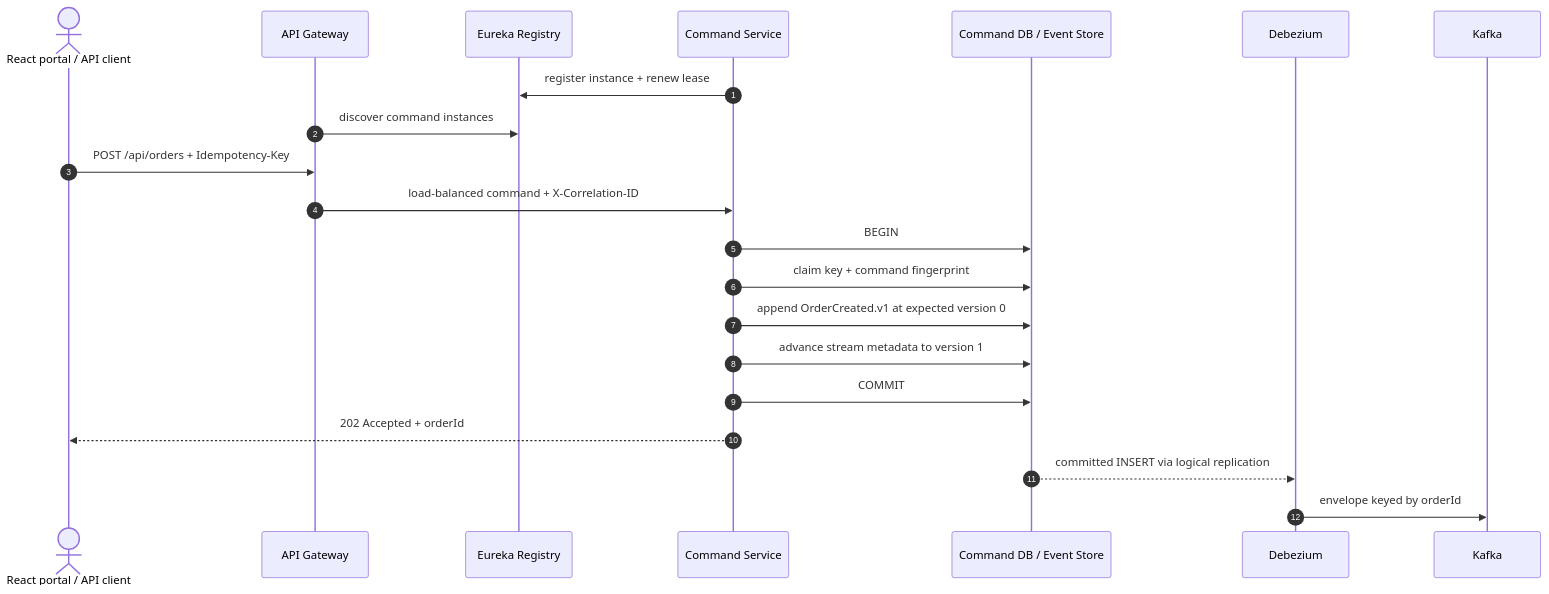
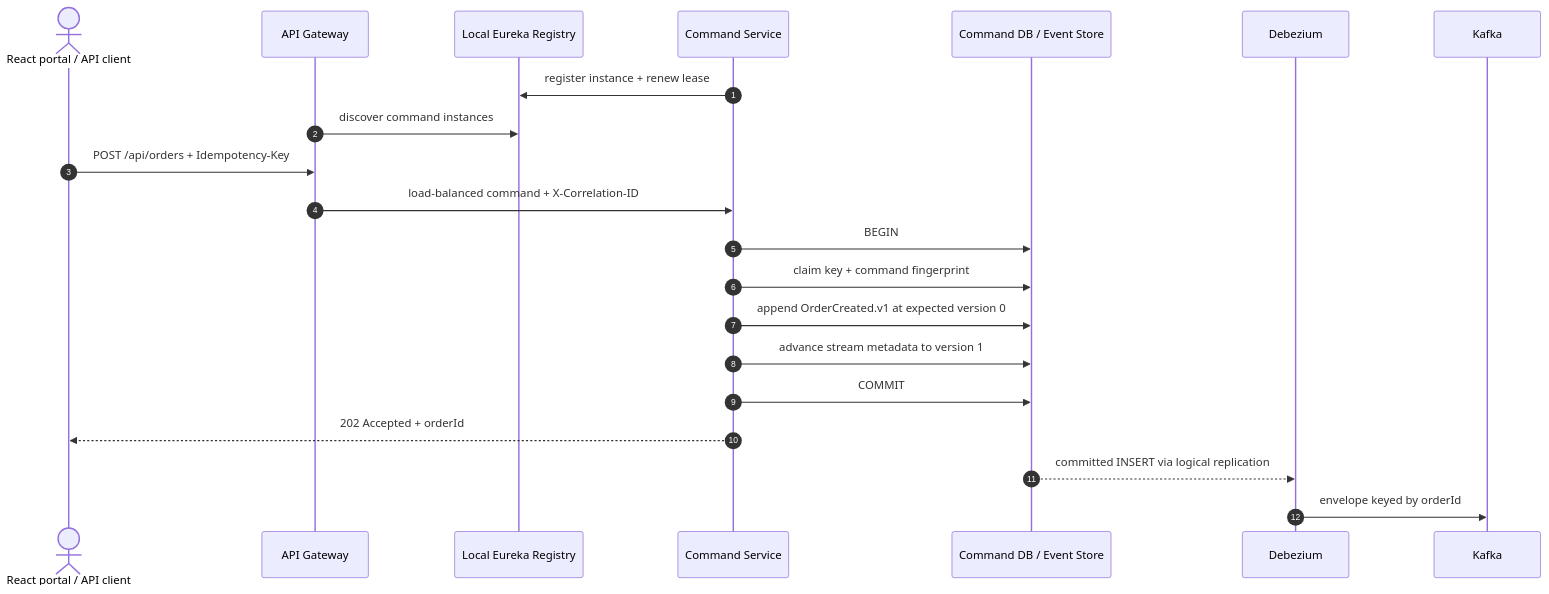
Before and after one commit to karacsonybarni/event-sourced-cqrs-microservices: the first of 3 diagrams in docs/architecture.md, drawn with Mermaid. The commit also changed other lines of this file and 35 other files, not shown here.

````diff
--- a/docs/architecture.md
+++ b/docs/architecture.md
@@ -17,24 +17,24 @@
 ```mermaid
 sequenceDiagram
     autonumber
     actor Client as React portal / API client
     participant G as API Gateway
-    participant R as Eureka Registry
+    participant R as Local Eureka Registry
     participant C as Command Service
     participant ES as Command DB / Event Store
     participant D as Debezium
     participant K as Kafka
 
     C->>R: register instance + renew lease
     G->>R: discover command instances
     Client->>G: POST /api/orders + Idempotency-Key
     G->>C: load-balanced command + X-Correlation-ID
     C->>ES: BEGIN
     C->>ES: claim key + command fingerprint
     C->>ES: append OrderCreated.v1 at expected version 0
     C->>ES: advance stream metadata to version 1
     C->>ES: COMMIT
     C-->>Client: 202 Accepted + orderId
     ES-->>D: committed INSERT via logical replication
     D->>K: envelope keyed by orderId
 ```
````
